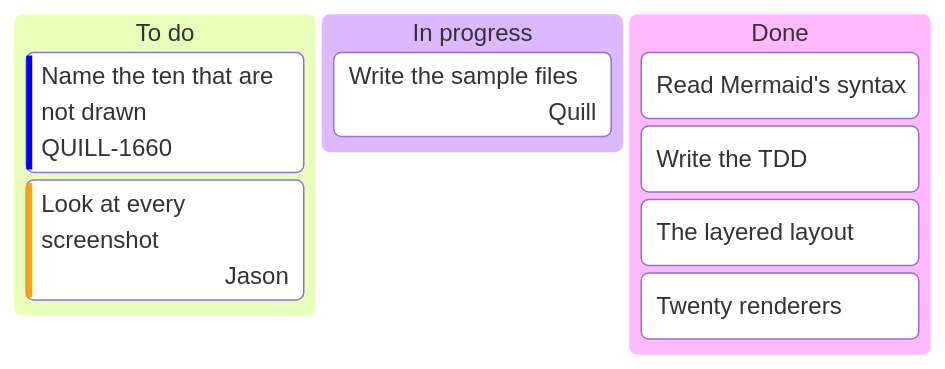
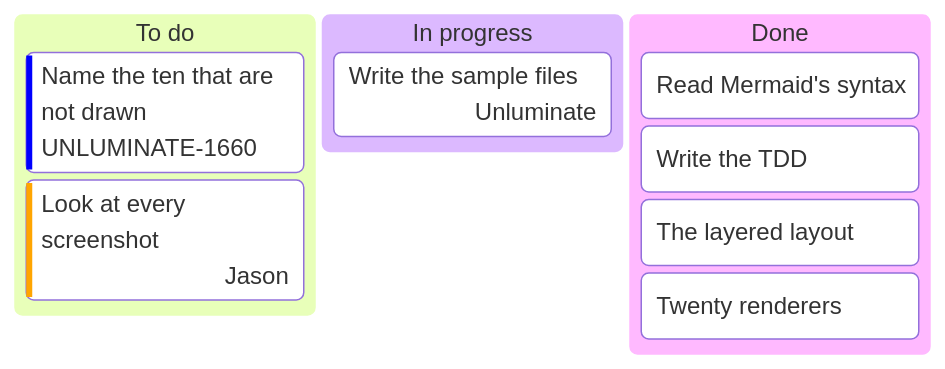
One commit to Black-Rainbow-Labs/Unluminous changed the diagram in sample-diagrams/kanban.mmd. Above: the diagram before and after it, drawn with Mermaid. The commit also changed 1291 other files, not shown here.

First line of the commit message:
task-1800: rename Quill to Unluminate

```diff
--- a/sample-diagrams/kanban.mmd
+++ b/sample-diagrams/kanban.mmd
@@ -1,11 +1,11 @@
 kanban
   todo[To do]
-    t1[Name the ten that are not drawn]@{ ticket: "QUILL-1660", priority: "Low" }
+    t1[Name the ten that are not drawn]@{ ticket: "UNLUMINATE-1660", priority: "Low" }
     t2[Look at every screenshot]@{ assigned: "Jason", priority: "High" }
   doing[In progress]
-    d1[Write the sample files]@{ assigned: "Quill" }
+    d1[Write the sample files]@{ assigned: "Unluminate" }
   done[Done]
     x1[Read Mermaid's syntax]
     x2[Write the TDD]
     x3[The layered layout]
     x4[Twenty renderers]
```
